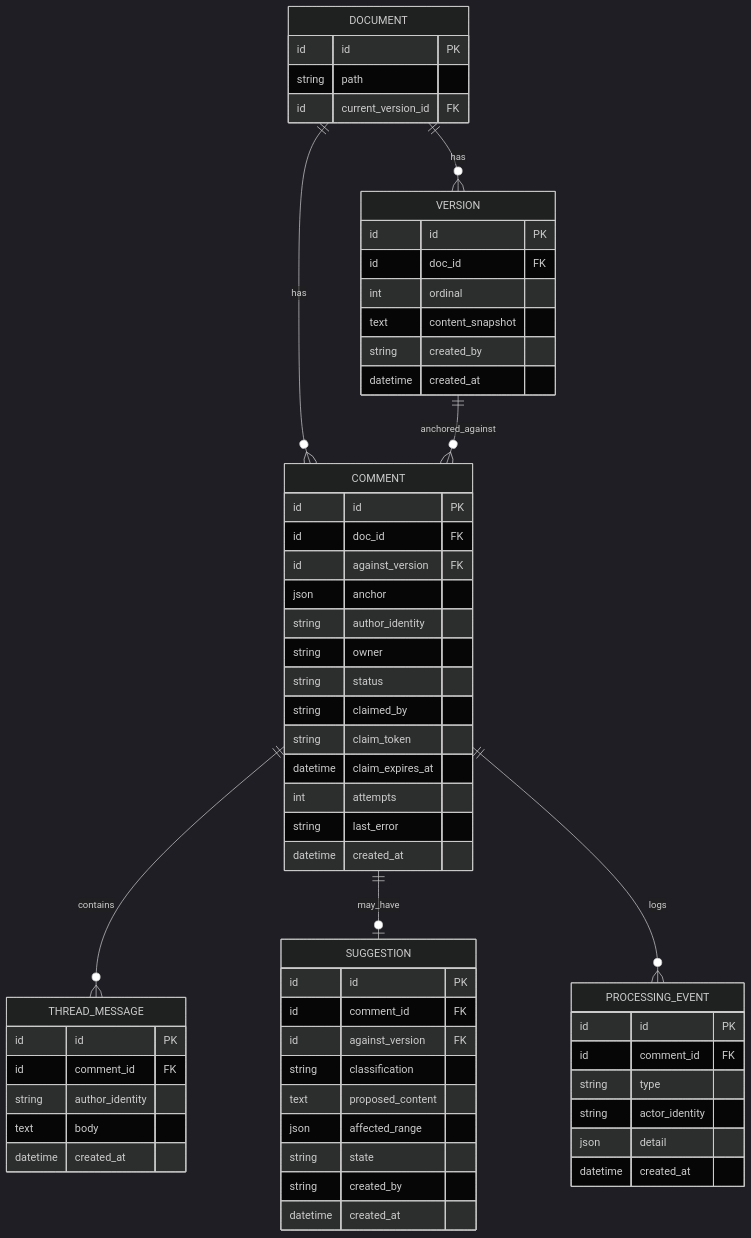
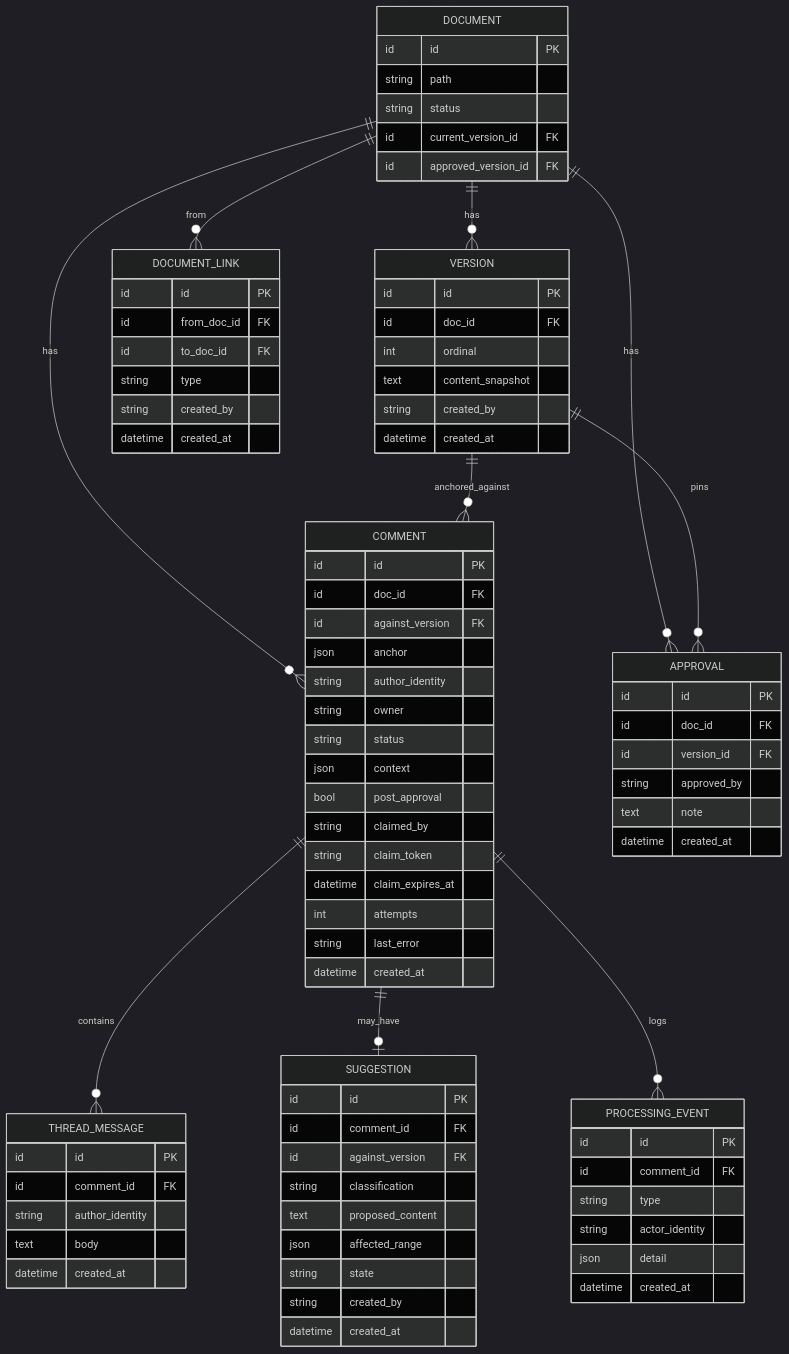
The fourth of 5 diagrams in docs/specs/2026-06-27-outbox-md-design.md (rajanrx/outbox-md), drawn with Mermaid (dark theme) before and after one commit. The commit also changed other lines of this file, not shown here.

First line of the commit message:
docs: add document lifecycle/approval, relationships, provenance, and optional corpus retrieval

```diff
--- a/docs/specs/2026-06-27-outbox-md-design.md
+++ b/docs/specs/2026-06-27-outbox-md-design.md
@@ -273,21 +297,42 @@
 erDiagram
     DOCUMENT ||--o{ VERSION : has
     DOCUMENT ||--o{ COMMENT : has
+    DOCUMENT ||--o{ APPROVAL : has
+    DOCUMENT ||--o{ DOCUMENT_LINK : "from"
     COMMENT  ||--o{ THREAD_MESSAGE : contains
     COMMENT  ||--o| SUGGESTION : may_have
     COMMENT  ||--o{ PROCESSING_EVENT : logs
     VERSION  ||--o{ COMMENT : anchored_against
+    VERSION  ||--o{ APPROVAL : pins
 
     DOCUMENT {
         id id PK
         string path
+        string status
         id current_version_id FK
+        id approved_version_id FK
     }
     VERSION {
         id id PK
         id doc_id FK
         int ordinal
         text content_snapshot
+        string created_by
+        datetime created_at
+    }
+    APPROVAL {
+        id id PK
+        id doc_id FK
+        id version_id FK
+        string approved_by
+        text note
+        datetime created_at
+    }
+    DOCUMENT_LINK {
+        id id PK
+        id from_doc_id FK
+        id to_doc_id FK
+        string type
         string created_by
         datetime created_at
     }
@@ -299,6 +344,8 @@
         string author_identity
         string owner
         string status
+        json context
+        bool post_approval
         string claimed_by
         string claim_token
         datetime claim_expires_at
```
